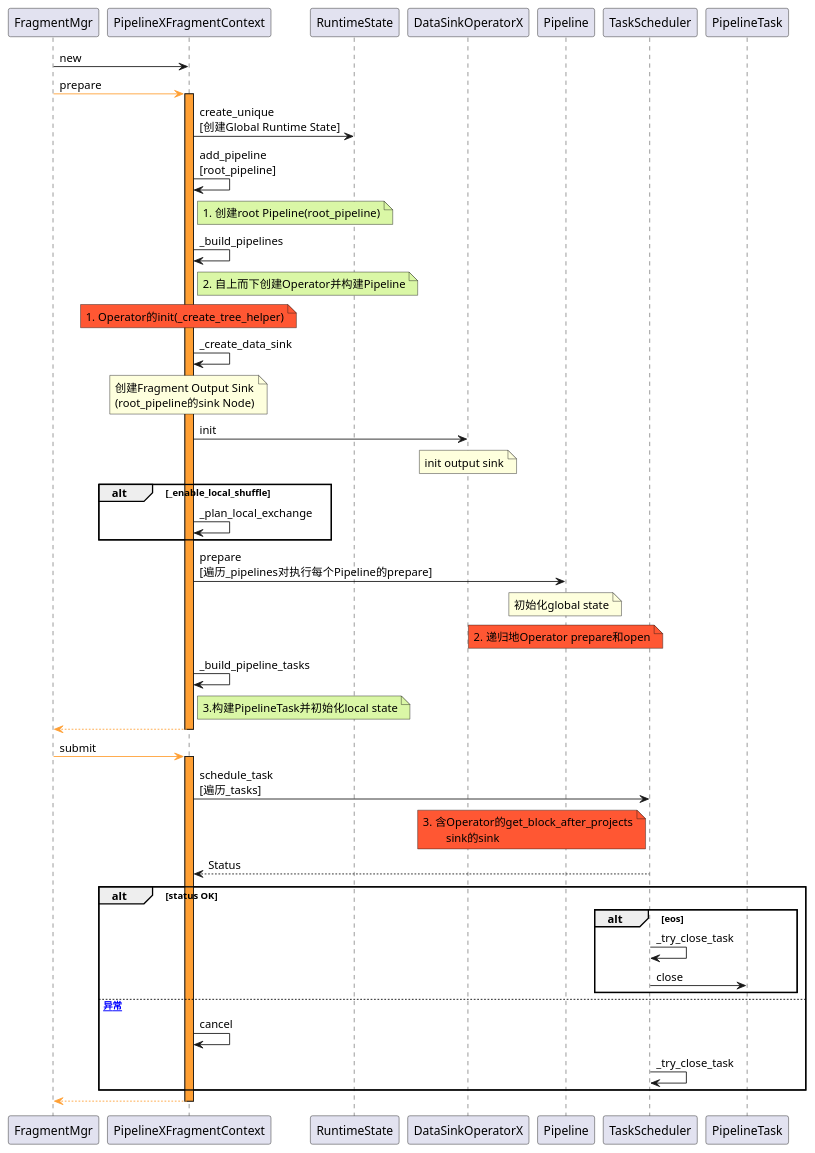
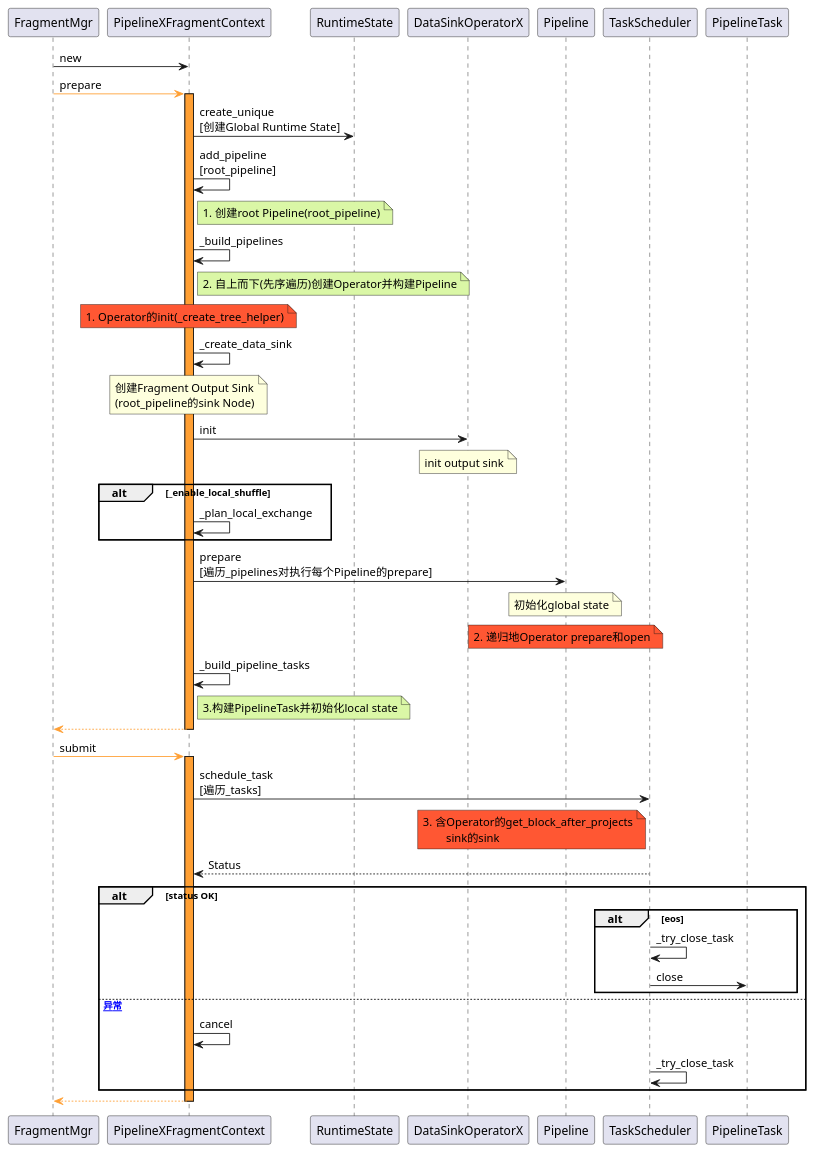
Before and after one commit to DepInjoy/geektime: the first of 3 diagrams in doc/DB/Doris/SourceRead/13_00_Exec_PipelineX.md, drawn with PlantUML. The commit also changed other lines of this file, not shown here.

````diff
--- a/doc/DB/Doris/SourceRead/13_00_Exec_PipelineX.md
+++ b/doc/DB/Doris/SourceRead/13_00_Exec_PipelineX.md
@@ -1,51 +1,51 @@
 ```plantuml
 @startuml
 FragmentMgr -> PipelineXFragmentContext:new
 FragmentMgr -[#FF9F33]> PipelineXFragmentContext:prepare
 activate PipelineXFragmentContext #FF9F33
 PipelineXFragmentContext -> RuntimeState:create_unique\n[创建Global Runtime State]
 PipelineXFragmentContext -> PipelineXFragmentContext:add_pipeline\n[root_pipeline]
 note right of PipelineXFragmentContext #DAF7A6 : 1. 创建root Pipeline(root_pipeline)
 
 PipelineXFragmentContext -> PipelineXFragmentContext:_build_pipelines
-note right of PipelineXFragmentContext #DAF7A6 : 2. 自上而下创建Operator并构建Pipeline
+note right of PipelineXFragmentContext #DAF7A6 : 2. 自上而下(先序遍历)创建Operator并构建Pipeline
 note over of PipelineXFragmentContext #FF5733 : 1. Operator的init(_create_tree_helper)
 
 PipelineXFragmentContext -> PipelineXFragmentContext:_create_data_sink
 note over of PipelineXFragmentContext: 创建Fragment Output Sink\n(root_pipeline的sink Node)
 
 PipelineXFragmentContext -> DataSinkOperatorX:init
 note over of DataSinkOperatorX : init output sink
 
 alt _enable_local_shuffle
 PipelineXFragmentContext -> PipelineXFragmentContext:_plan_local_exchange
 end
 
 PipelineXFragmentContext -> Pipeline:prepare\n[遍历_pipelines对执行每个Pipeline的prepare]
 note over of Pipeline: 初始化global state
 note over of Pipeline #FF5733 : 2. 递归地Operator prepare和open
 
 PipelineXFragmentContext -> PipelineXFragmentContext :_build_pipeline_tasks
 note right of PipelineXFragmentContext #DAF7A6 : 3.构建PipelineTask并初始化local state
 
 PipelineXFragmentContext -[#FF9F33]-> FragmentMgr
 deactivate PipelineXFragmentContext
 
 FragmentMgr -[#FF9F33]> PipelineXFragmentContext:submit
 activate PipelineXFragmentContext #FF9F33
 PipelineXFragmentContext -> TaskScheduler:schedule_task\n[遍历_tasks]
 note left of TaskScheduler #FF5733 : 3. 含Operator的get_block_after_projects\n\tsink的sink
 TaskScheduler --> PipelineXFragmentContext : Status
 alt status OK
     alt eos
         TaskScheduler -> TaskScheduler:_try_close_task
         TaskScheduler -> PipelineTask:close
     end
 else [异常]
     PipelineXFragmentContext -> PipelineXFragmentContext:cancel
     TaskScheduler -> TaskScheduler:_try_close_task
 end
 PipelineXFragmentContext -[#FF9F33]-> FragmentMgr
 deactivate PipelineXFragmentContext
 @enduml
 ```
````
